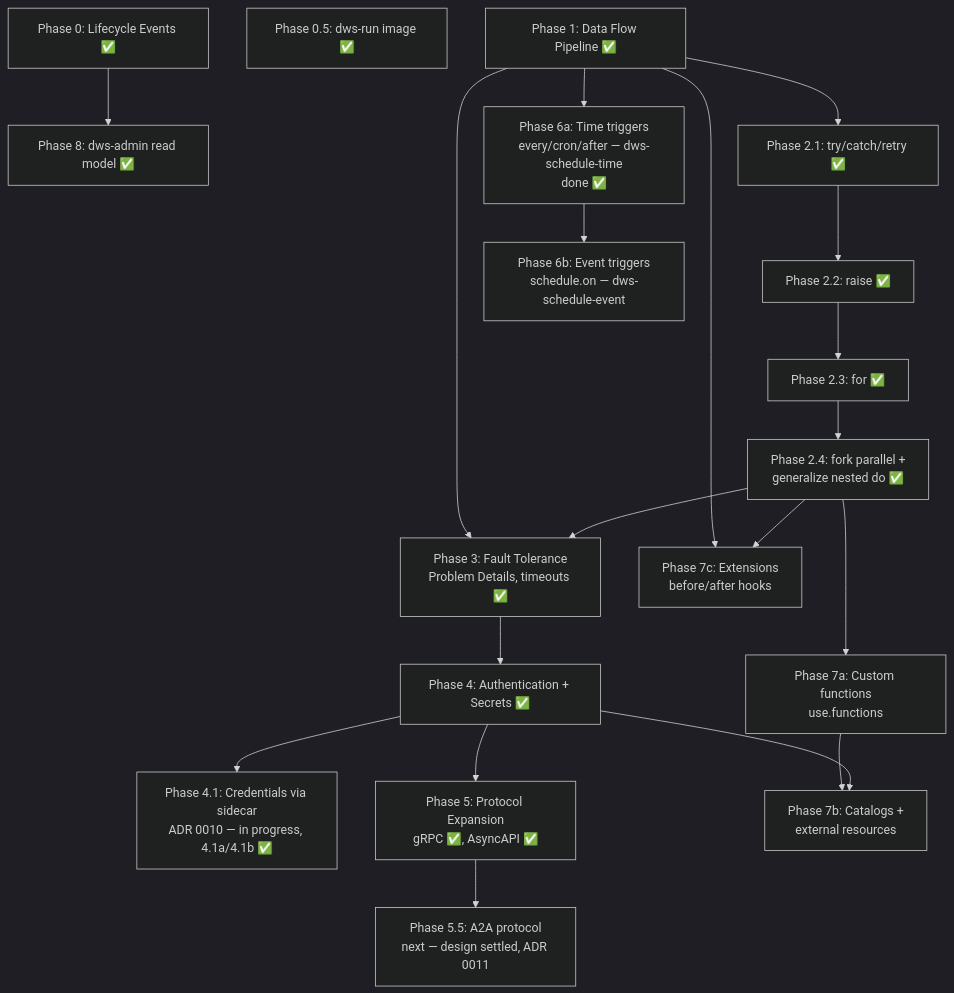
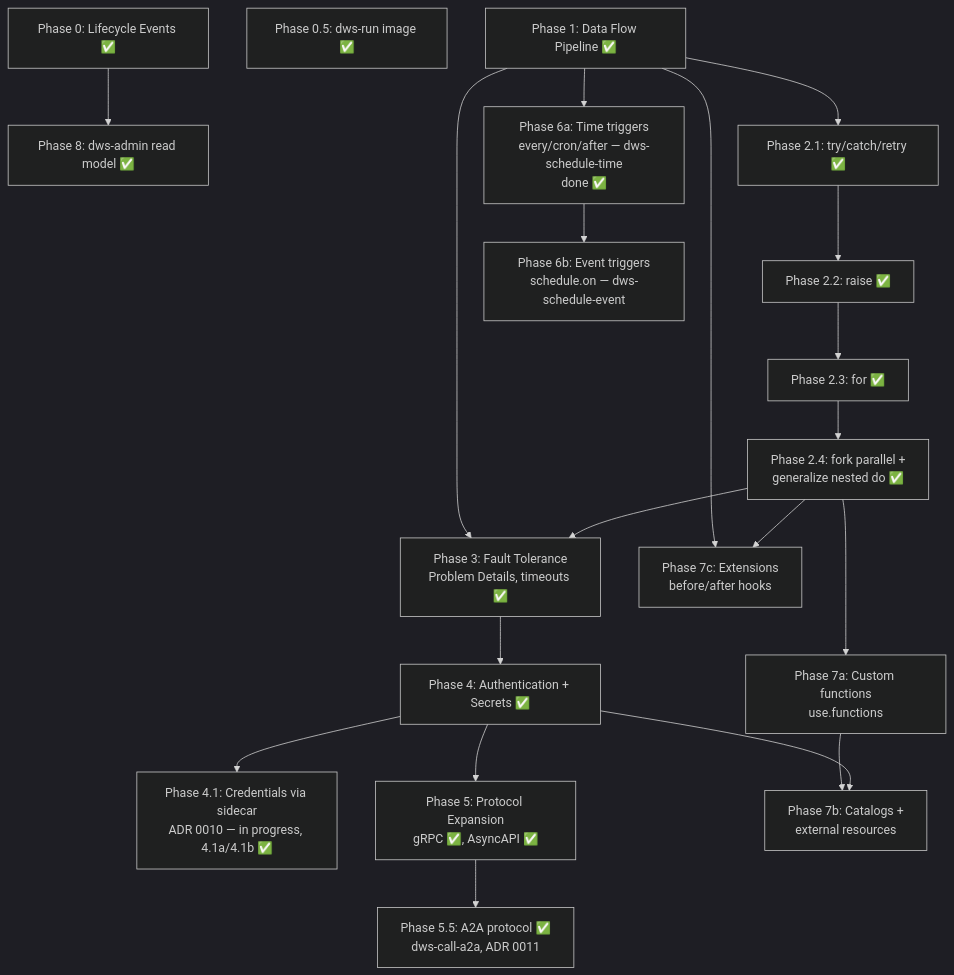
The diagram in docs/roadmaps/openworkflow-features.md (tonylibs/dapr-workflow-spec), drawn with Mermaid (dark theme) before and after one commit. The commit also changed other lines of this file and 38 other files, not shown here.

````diff
--- a/docs/roadmaps/openworkflow-features.md
+++ b/docs/roadmaps/openworkflow-features.md
@@ -50,22 +50,22 @@
 ```mermaid
 flowchart TD
   P0[Phase 0: Lifecycle Events ✅] --> P8[Phase 8: dws-admin read model ✅]
   P05[Phase 0.5: dws-run image ✅]
   P1[Phase 1: Data Flow Pipeline ✅] --> P2a[Phase 2.1: try/catch/retry ✅]
   P2a --> P2b[Phase 2.2: raise ✅]
   P2b --> P2c[Phase 2.3: for ✅]
   P2c --> P2d[Phase 2.4: fork parallel +<br/>generalize nested do ✅]
   P1 --> P3[Phase 3: Fault Tolerance<br/>Problem Details, timeouts ✅]
   P2d --> P3
   P3 --> P4[Phase 4: Authentication + Secrets ✅]
   P4 --> P41[Phase 4.1: Credentials via sidecar<br/>ADR 0010 — in progress, 4.1a/4.1b ✅]
   P4 --> P5[Phase 5: Protocol Expansion<br/>gRPC ✅, AsyncAPI ✅]
-  P5 --> P55[Phase 5.5: A2A protocol<br/>next — design settled, ADR 0011]
+  P5 --> P55[Phase 5.5: A2A protocol ✅<br/>dws-call-a2a, ADR 0011]
   P1 --> P6a[Phase 6a: Time triggers<br/>every/cron/after — dws-schedule-time<br/>done ✅]
   P6a --> P6b[Phase 6b: Event triggers<br/>schedule.on — dws-schedule-event]
   P2d --> P7a[Phase 7a: Custom functions<br/>use.functions]
   P7a --> P7b[Phase 7b: Catalogs +<br/>external resources]
   P4 --> P7b
   P1 --> P7c[Phase 7c: Extensions<br/>before/after hooks]
   P2d --> P7c
 ```
````
